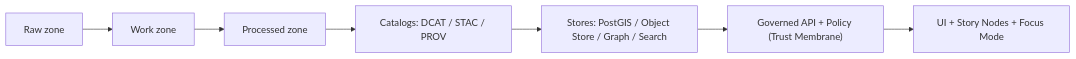
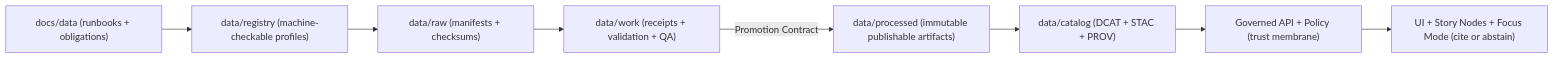
Before and after one commit to bartytime4life/Kansas-Frontier-Matrix: the diagram in docs/data/README.md, drawn with Mermaid. The commit also changed other lines of this file, not shown here.

````diff
--- a/docs/data/README.md
+++ b/docs/data/README.md
@@ -332,9 +340,10 @@
 ```mermaid
 flowchart LR
-  A["Raw zone"] --> B["Work zone"]
-  B --> C["Processed zone"]
-  C --> D["Catalogs: DCAT / STAC / PROV"]
-  D --> E["Stores: PostGIS / Object Store / Graph / Search"]
-  E --> F["Governed API + Policy (Trust Membrane)"]
-  F --> G["UI + Story Nodes + Focus Mode"]
+  DOCS["docs/data (runbooks + obligations)"] --> REG["data/registry (machine-checkable profiles)"]
+  REG --> RAW["data/raw (manifests + checksums)"]
+  RAW --> WORK["data/work (receipts + validation + QA)"]
+  WORK -->|Promotion Contract| PROC["data/processed (immutable publishable artifacts)"]
+  PROC --> CATS["data/catalog (DCAT + STAC + PROV)"]
+  CATS --> API["Governed API + Policy (trust membrane)"]
+  API --> UI["UI + Story Nodes + Focus Mode (cite or abstain)"]
 ```
````
